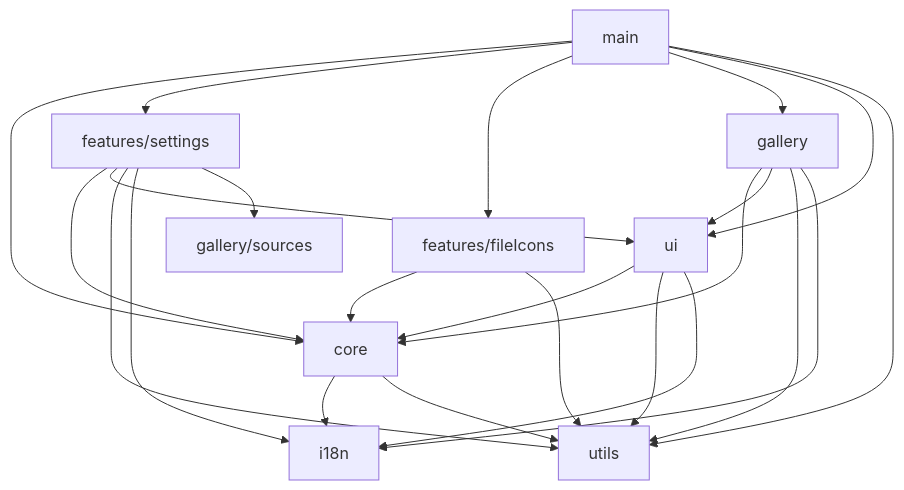
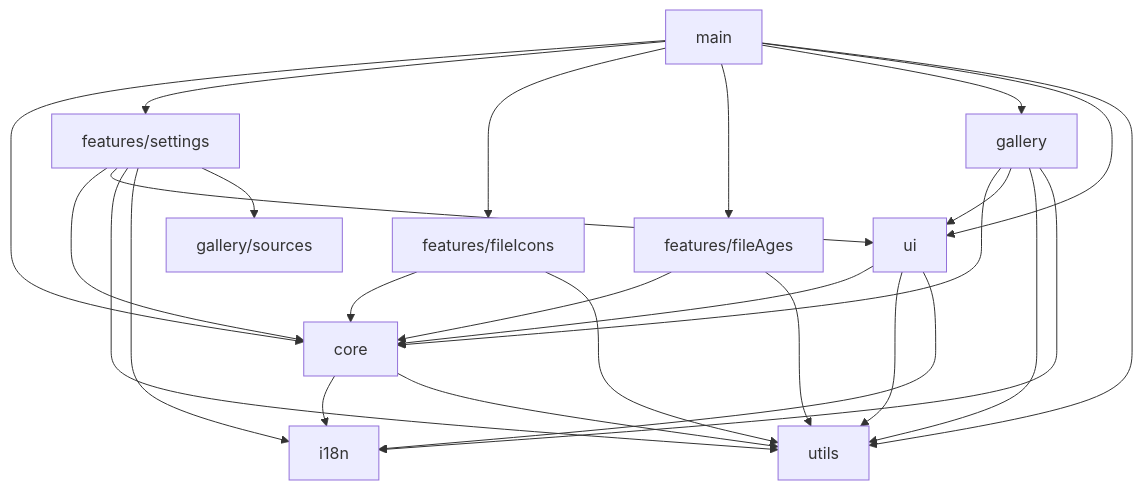
The first of 3 diagrams in docs/ARCHITECTURE.md (NemoKing1210/github-plus), drawn with Mermaid before and after one commit. The commit also changed other lines of this file and 43 other files, not shown here.

````diff
--- a/docs/ARCHITECTURE.md
+++ b/docs/ARCHITECTURE.md
@@ -53,25 +58,28 @@
 ```mermaid
 graph TD
   main --> core
   main --> settingsFeature[features/settings]
   main --> fileIcons[features/fileIcons]
+  main --> fileAges[features/fileAges]
   main --> gallery
   main --> ui
   main --> utils
   gallery --> core
   gallery --> ui
   gallery --> utils
   gallery --> i18n
   settingsFeature --> core
   settingsFeature --> ui
   settingsFeature --> utils
   settingsFeature --> i18n
   settingsFeature --> galleryRegistry[gallery/sources]
   fileIcons --> core
   fileIcons --> utils
+  fileAges --> core
+  fileAges --> utils
   ui --> core
   ui --> utils
   ui --> i18n
   core --> i18n
   core --> utils
 ```
````
